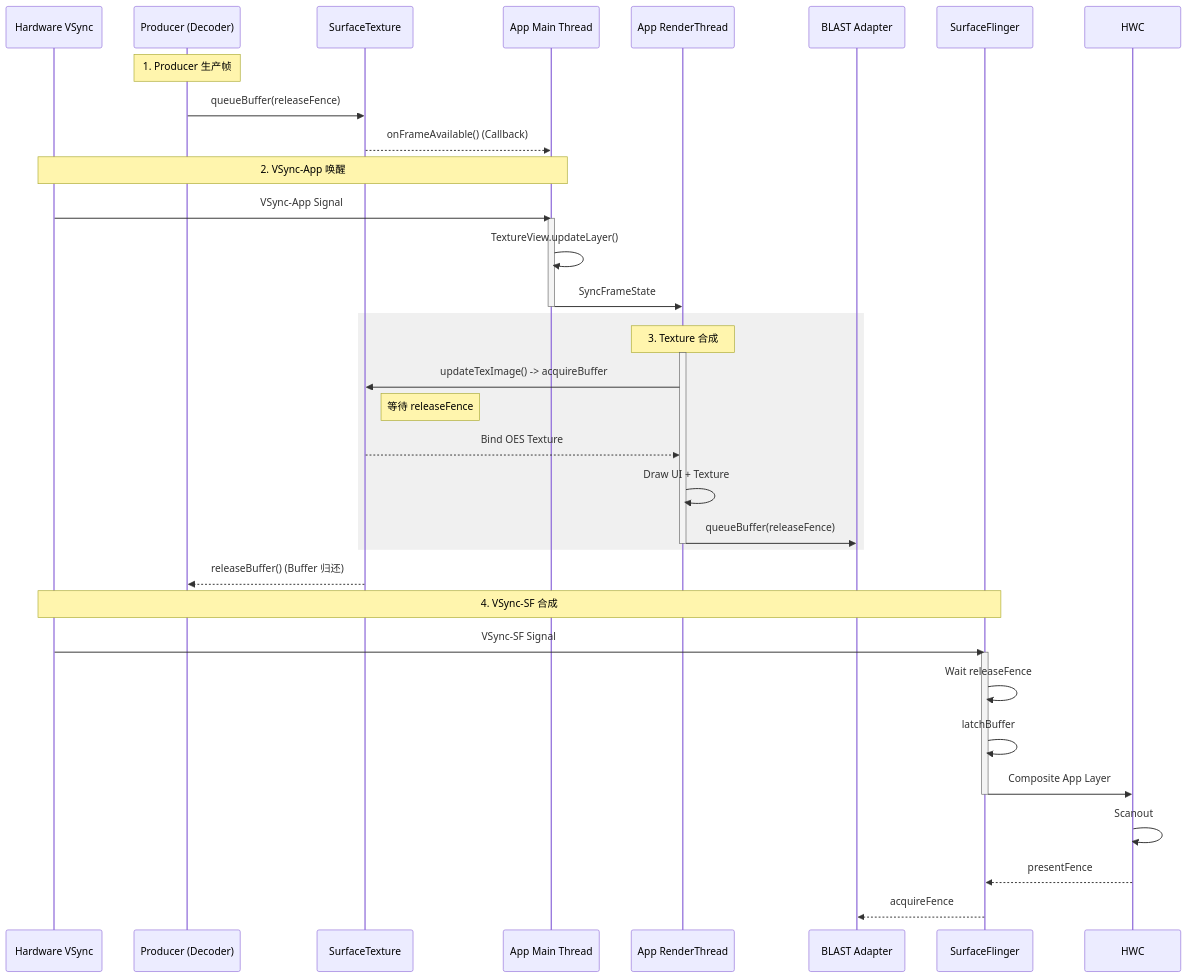
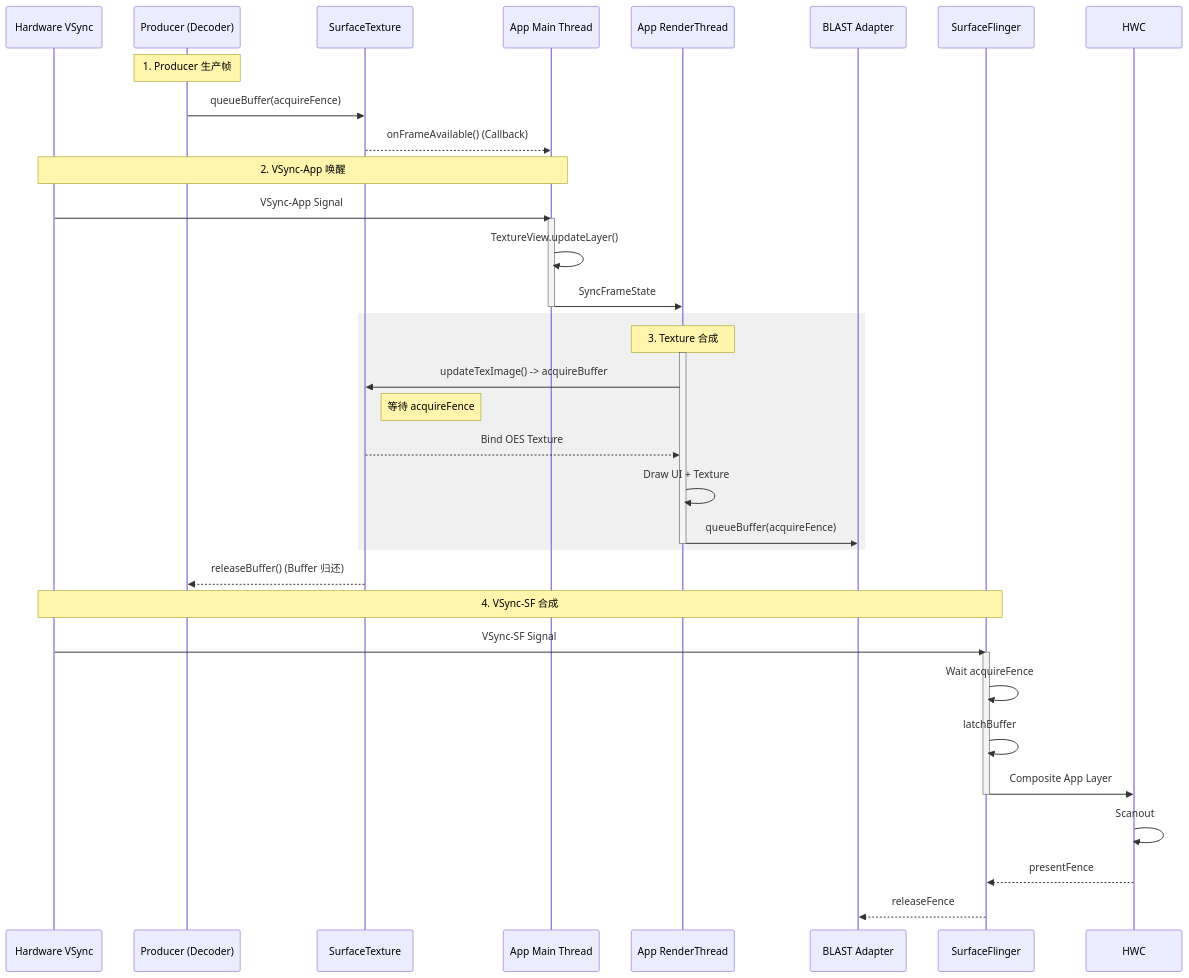
One commit to Gracker/SmartPerfetto changed the first of 2 diagrams in docs/rendering_pipelines/textureview.md. Above: the diagram before and after it, drawn with Mermaid. The commit also changed other lines of this file and 78 other files, not shown here.

````diff
--- a/docs/rendering_pipelines/textureview.md
+++ b/docs/rendering_pipelines/textureview.md
@@ -41,52 +41,52 @@
 ```mermaid
 sequenceDiagram
     participant HW as Hardware VSync
     participant Prod as Producer (Decoder)
     participant ST as SurfaceTexture
     participant Main as App Main Thread
     participant RT as App RenderThread
     participant BBQ as BLAST Adapter
     participant SF as SurfaceFlinger
     participant HWC as HWC
 
     %% 1. Production
     Note over Prod: 1. Producer 生产帧
-    Prod->>ST: queueBuffer(releaseFence)
+    Prod->>ST: queueBuffer(acquireFence)
     ST-->>Main: onFrameAvailable() (Callback)
 
     %% 2. VSync-App
     Note over HW, Main: 2. VSync-App 唤醒
     HW->>Main: VSync-App Signal
     activate Main
     Main->>Main: TextureView.updateLayer()
     Main->>RT: SyncFrameState
     deactivate Main
 
     %% 3. RenderThread
     rect rgb(240, 240, 240)
         Note over RT: 3. Texture 合成
         activate RT
         RT->>ST: updateTexImage() -> acquireBuffer
-        Note right of ST: 等待 releaseFence
+        Note right of ST: 等待 acquireFence
         ST-->>RT: Bind OES Texture
         RT->>RT: Draw UI + Texture
-        RT->>BBQ: queueBuffer(releaseFence)
+        RT->>BBQ: queueBuffer(acquireFence)
         deactivate RT
     end
     
     ST-->>Prod: releaseBuffer() (Buffer 归还)
 
     %% 4. VSync-SF
     Note over HW, SF: 4. VSync-SF 合成
     HW->>SF: VSync-SF Signal
     activate SF
-    SF->>SF: Wait releaseFence
+    SF->>SF: Wait acquireFence
     SF->>SF: latchBuffer
     SF->>HWC: Composite App Layer
     deactivate SF
 
     %% 5. Display
     HWC->>HWC: Scanout
     HWC-->>SF: presentFence
-    SF-->>BBQ: acquireFence
+    SF-->>BBQ: releaseFence
 ```
````
